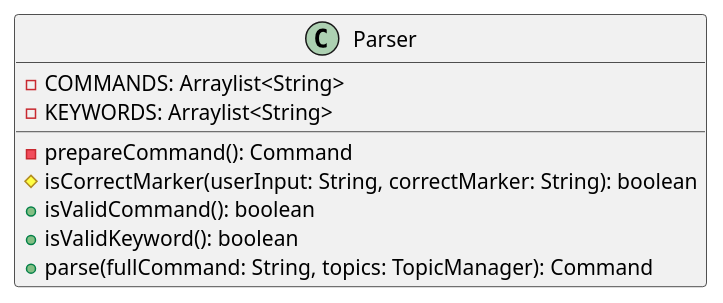
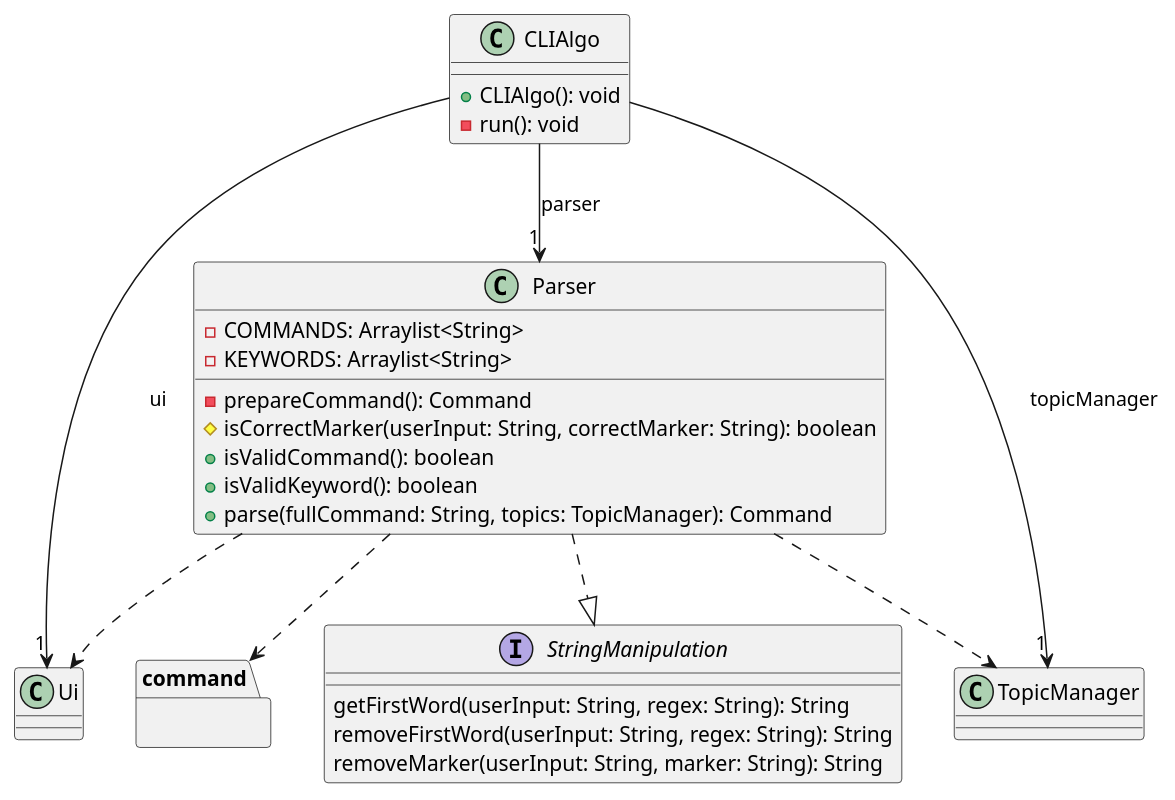
Before and after one commit to ong-ck/tp: the diagram in docs/uml/source-files/ParserClass.puml, drawn with PlantUML. The commit also changed 1 other file, not shown here.

Commit message:
Add Parser UML

```diff
--- a/docs/uml/source-files/ParserClass.puml
+++ b/docs/uml/source-files/ParserClass.puml
@@ -1,13 +1,40 @@
 @startuml
 class Parser {
 -COMMANDS: Arraylist<String>
 -KEYWORDS: Arraylist<String>
 
 -prepareCommand(): Command
 #isCorrectMarker(userInput: String, correctMarker: String): boolean
 +isValidCommand(): boolean
 +isValidKeyword(): boolean
 +parse(fullCommand: String, topics: TopicManager): Command
+}
 
+interface StringManipulation {
+getFirstWord(userInput: String, regex: String): String
+removeFirstWord(userInput: String, regex: String): String
+removeMarker(userInput: String, marker: String): String
 }
+
+class Ui {
+}
+
+class TopicManager {
+}
+
+class CLIAlgo {
++CLIAlgo(): void
+-run(): void
+}
+
+package command {
+}
+
+CLIAlgo --> "1" Ui : ui
+CLIAlgo --> "1" TopicManager : topicManager
+CLIAlgo --> "1" Parser : parser
+Parser ..|> StringManipulation
+Parser ..> Ui
+Parser ..> TopicManager
+Parser ..> command
 @enduml
```
